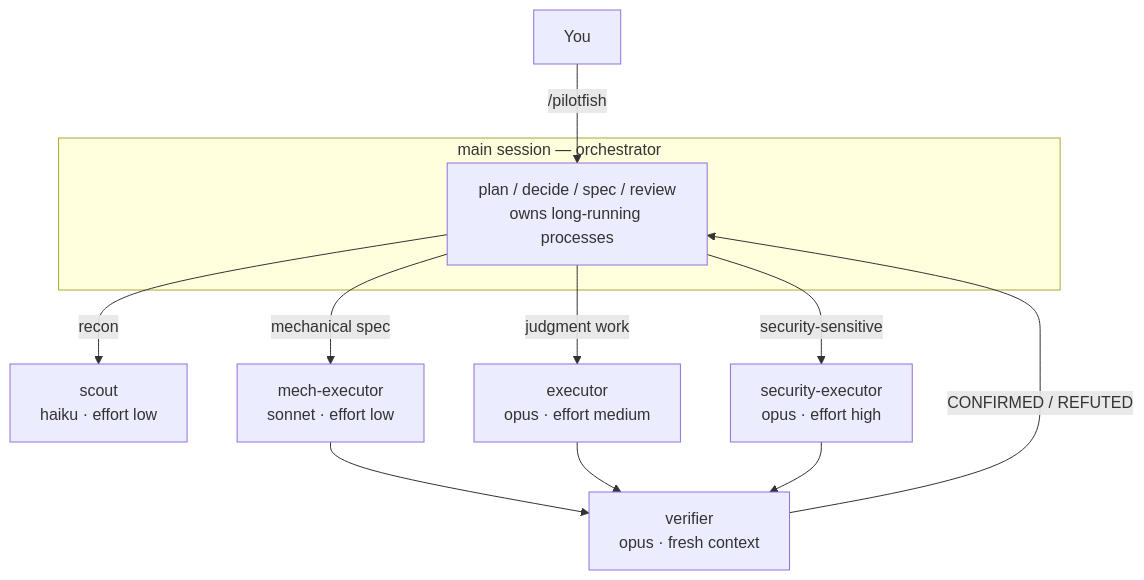
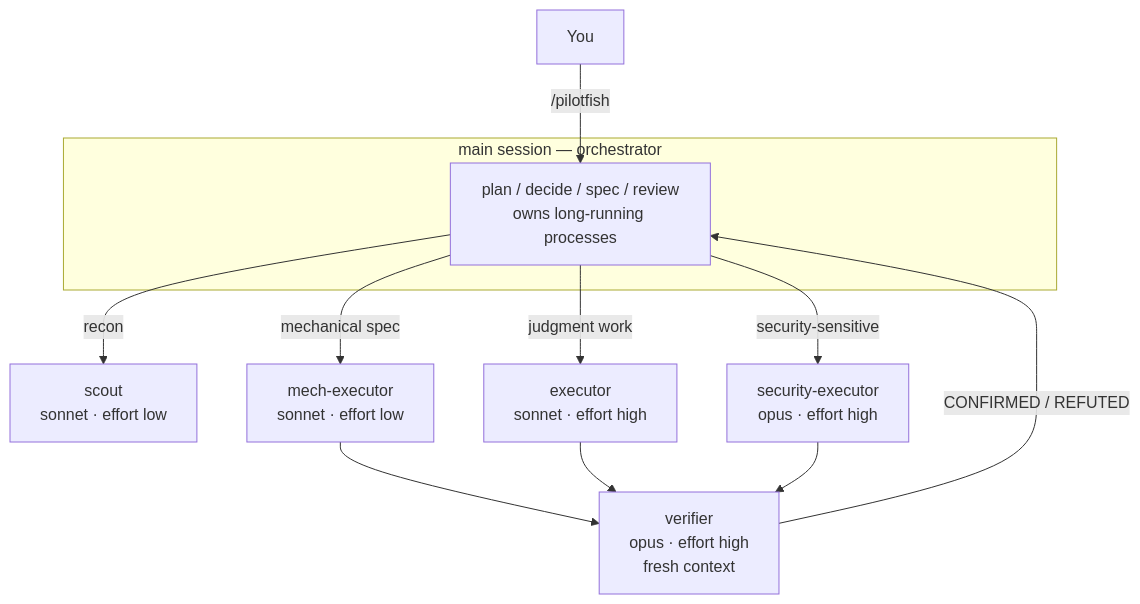
The diagram in README.md (Nanako0129/pilotfish), drawn with Mermaid before and after one commit. The commit also changed other lines of this file and 11 other files, not shown here.

````diff
--- a/README.md
+++ b/README.md
@@ -60,15 +61,15 @@
 ```mermaid
 flowchart TD
     U[You] -->|/pilotfish| O
     subgraph MAIN["main session — orchestrator"]
         O["plan / decide / spec / review<br>owns long-running processes"]
     end
-    O -->|recon| S["scout<br>haiku · effort low"]
+    O -->|recon| S["scout<br>sonnet · effort low"]
     O -->|mechanical spec| M["mech-executor<br>sonnet · effort low"]
-    O -->|judgment work| E["executor<br>opus · effort medium"]
+    O -->|judgment work| E["executor<br>sonnet · effort high"]
     O -->|security-sensitive| SEC["security-executor<br>opus · effort high"]
-    M --> V["verifier<br>opus · fresh context"]
+    M --> V["verifier<br>opus · effort high<br>fresh context"]
     E --> V
     SEC --> V
     V -->|CONFIRMED / REFUTED| O
 ```
````
